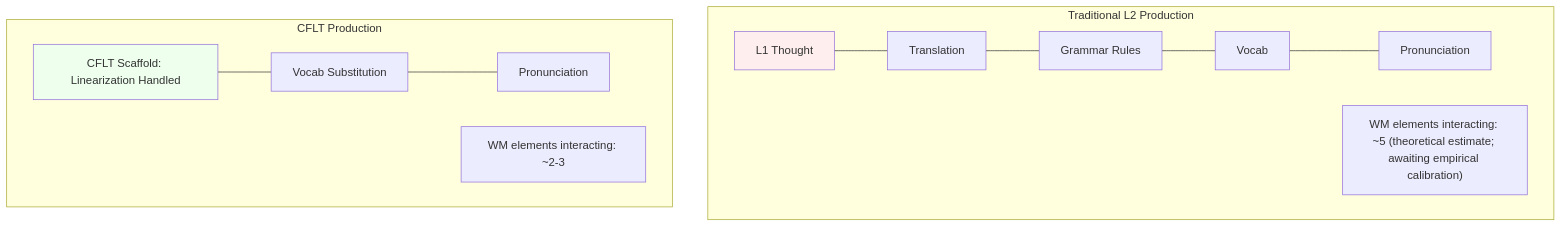
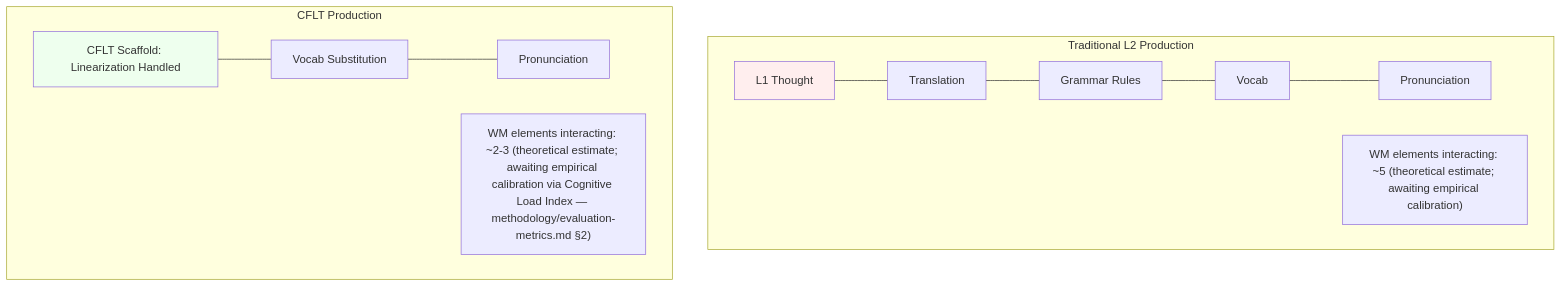
One commit to corefirst/cflt changed the third of 3 diagrams in docs/en/foundations/pedagogy.md. Above: the diagram before and after it, drawn with Mermaid. The commit also changed other lines of this file and 42 other files, not shown here.

````diff
--- a/docs/en/foundations/pedagogy.md
+++ b/docs/en/foundations/pedagogy.md
@@ -88,19 +88,19 @@
 ```mermaid
 graph TD
     subgraph "Traditional L2 Production"
     T1[L1 Thought] --- T2[Translation]
     T2 --- T3[Grammar Rules]
     T3 --- T4[Vocab]
     T4 --- T5[Pronunciation]
     noteT["WM elements interacting: ~5 (theoretical estimate; awaiting empirical calibration)"]
     end
 
     subgraph "CFLT Production"
     C1[CFLT Scaffold: Linearization Handled] --- C2[Vocab Substitution]
     C2 --- C3[Pronunciation]
-    noteC["WM elements interacting: ~2-3"]
+    noteC["WM elements interacting: ~2-3 (theoretical estimate; awaiting empirical calibration via Cognitive Load Index — methodology/evaluation-metrics.md §2)"]
     end
 
     style T1 fill:#fee
     style C1 fill:#efe
 ```
````
